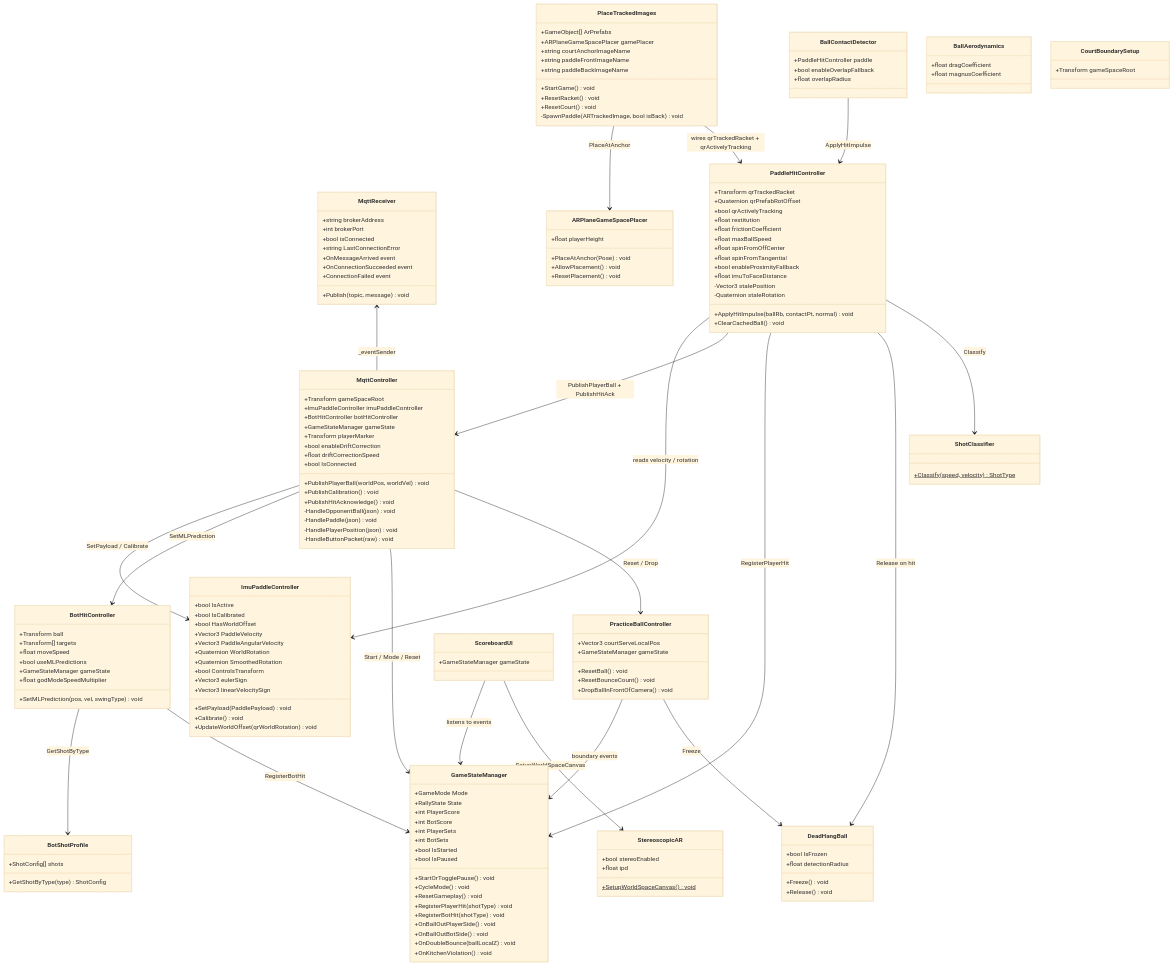
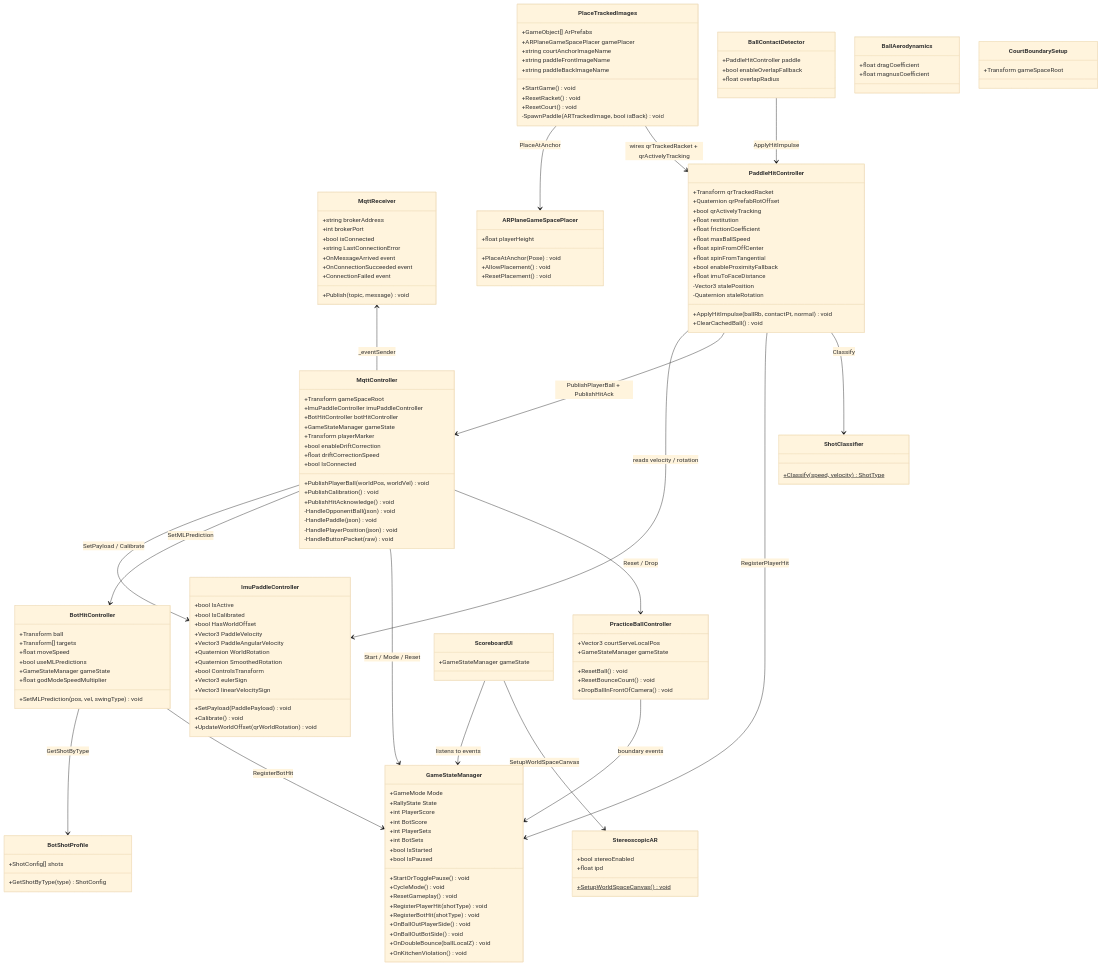
Before and after one commit to CG4002-AY2526S2-B03/Capstone_AR_Pickleball_Gameplay: the first of 11 diagrams in Docs/UML_Diagrams.md, drawn with Mermaid (base theme). The commit also changed other lines of this file and 3 other files, not shown here.

```diff
--- a/Docs/UML_Diagrams.md
+++ b/Docs/UML_Diagrams.md
@@ -140,13 +140,6 @@
         +float overlapRadius
     }
 
-    class DeadHangBall {
-        +bool IsFrozen
-        +float detectionRadius
-        +Freeze() void
-        +Release() void
-    }
-
     class BallAerodynamics {
         +float dragCoefficient
         +float magnusCoefficient
@@ -183,13 +176,11 @@
     PaddleHitController --> ImuPaddleController : reads velocity / rotation
     PaddleHitController --> MqttController : PublishPlayerBall + PublishHitAck
     PaddleHitController --> GameStateManager : RegisterPlayerHit
-    PaddleHitController --> DeadHangBall : Release on hit
     PaddleHitController --> ShotClassifier : Classify
 
     BallContactDetector --> PaddleHitController : ApplyHitImpulse
 
     PracticeBallController --> GameStateManager : boundary events
-    PracticeBallController --> DeadHangBall : Freeze
 
     BotHitController --> BotShotProfile : GetShotByType
     BotHitController --> GameStateManager : RegisterBotHit
```
